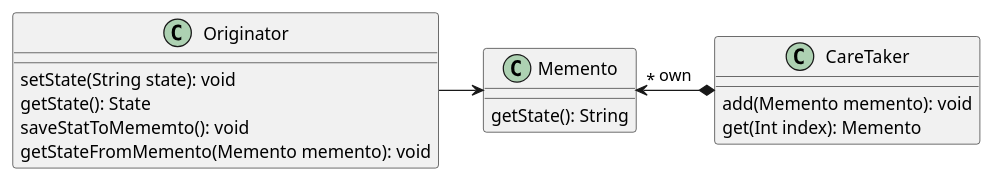
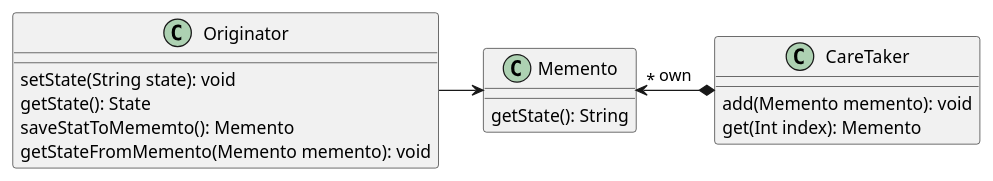
The diagram in src/main/java/Memento/TutotrialPoint/README.md (yvanross/LOG121-GOF-exemples), drawn with PlantUML before and after one commit. The commit also changed 3 other files, not shown here.

````diff
--- a/src/main/java/Memento/TutotrialPoint/README.md
+++ b/src/main/java/Memento/TutotrialPoint/README.md
@@ -3,23 +3,23 @@
 ```plantuml
 @startuml
 class Memento {
   getState(): String
 }
 
 class Originator {
   setState(String state): void
   getState(): State
-  saveStatToMememto(): void
+  saveStatToMememto(): Memento
   getStateFromMemento(Memento memento): void
 }
 
 class CareTaker{
   add(Memento memento): void
   get(Int index): Memento
 }
 
 CareTaker *-left-> "*" Memento : own
 Originator -> Memento
 
 @enduml
 ```
````
